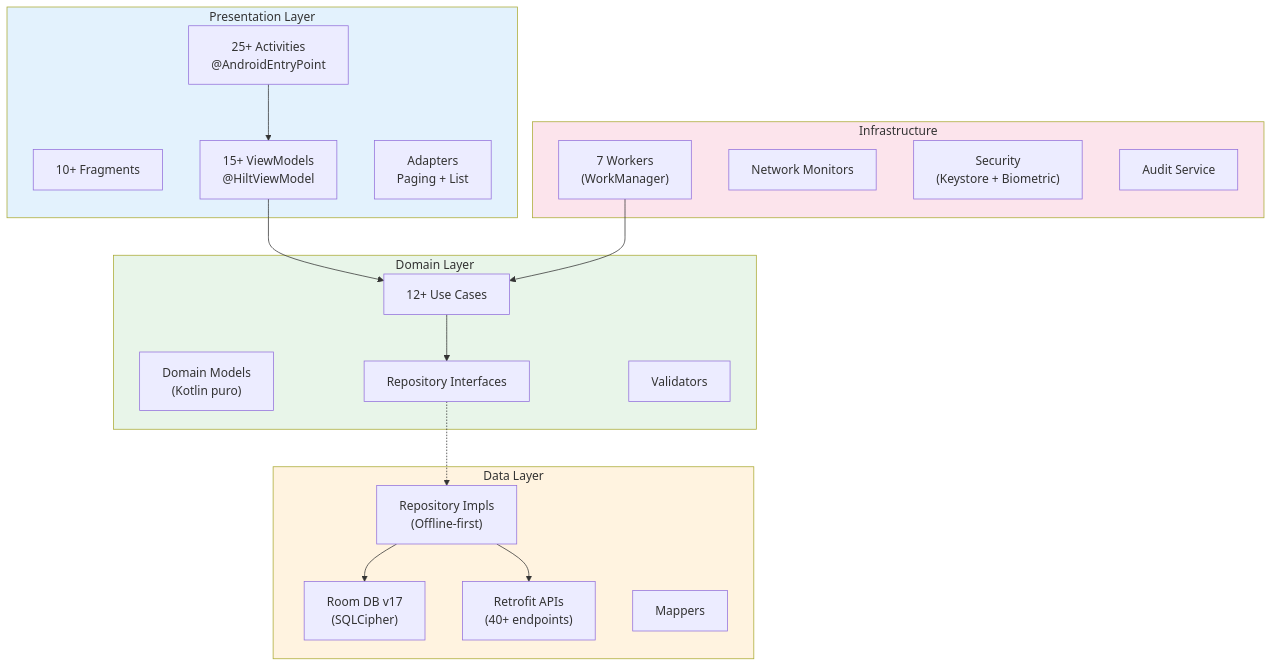
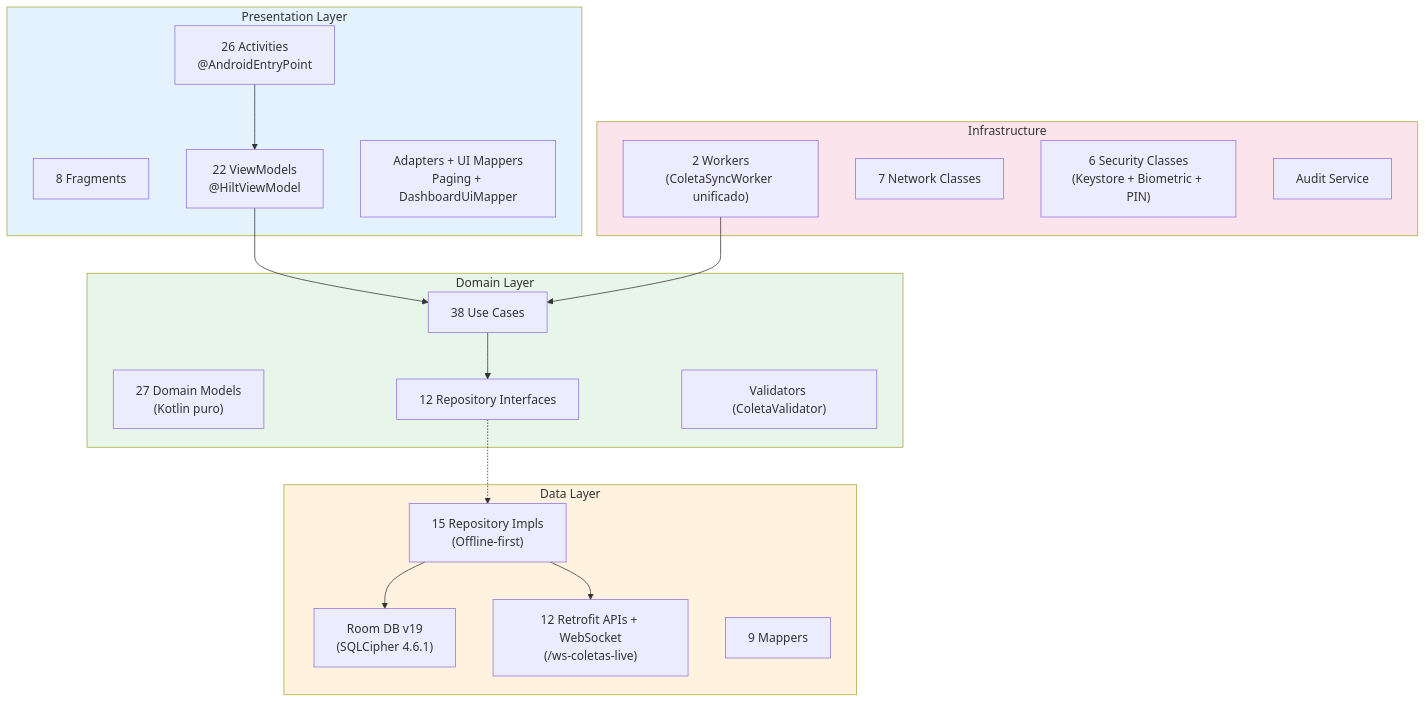
One commit to romuloaraujo1988/MASTER_INVENTARIO changed the second of 7 diagrams in InventarioMobile/ANALISE_REQUISITOS_ANDROID.md. Above: the diagram before and after it, drawn with Mermaid. The commit also changed other lines of this file and 189 other files, not shown here.

````diff
--- a/InventarioMobile/ANALISE_REQUISITOS_ANDROID.md
+++ b/InventarioMobile/ANALISE_REQUISITOS_ANDROID.md
@@ -202,43 +208,43 @@
 ```mermaid
 graph TB
     subgraph Presentation["Presentation Layer"]
-        ACT["25+ Activities<br/>@AndroidEntryPoint"]
-        FRAG["10+ Fragments"]
-        VM["15+ ViewModels<br/>@HiltViewModel"]
-        ADAPT["Adapters<br/>Paging + List"]
+        ACT["26 Activities<br/>@AndroidEntryPoint"]
+        FRAG["8 Fragments"]
+        VM["22 ViewModels<br/>@HiltViewModel"]
+        ADAPT["Adapters + UI Mappers<br/>Paging + DashboardUiMapper"]
     end
 
     subgraph Domain["Domain Layer"]
-        UC["12+ Use Cases"]
-        MODEL["Domain Models<br/>(Kotlin puro)"]
-        REPO_IF["Repository Interfaces"]
-        VALID["Validators"]
+        UC["38 Use Cases"]
+        MODEL["27 Domain Models<br/>(Kotlin puro)"]
+        REPO_IF["12 Repository Interfaces"]
+        VALID["Validators (ColetaValidator)"]
     end
 
     subgraph Data["Data Layer"]
-        REPO["Repository Impls<br/>(Offline-first)"]
-        ROOM["Room DB v17<br/>(SQLCipher)"]
-        RETRO["Retrofit APIs<br/>(40+ endpoints)"]
-        MAP["Mappers"]
+        REPO["15 Repository Impls<br/>(Offline-first)"]
+        ROOM["Room DB v19<br/>(SQLCipher 4.6.1)"]
+        RETRO["12 Retrofit APIs + WebSocket<br/>(/ws-coletas-live)"]
+        MAP["9 Mappers"]
     end
 
     subgraph Infra["Infrastructure"]
-        WORK["7 Workers<br/>(WorkManager)"]
-        NET["Network Monitors"]
-        SEC["Security<br/>(Keystore + Biometric)"]
+        WORK["2 Workers<br/>(ColetaSyncWorker unificado)"]
+        NET["7 Network Classes"]
+        SEC["6 Security Classes<br/>(Keystore + Biometric + PIN)"]
         AUDIT["Audit Service"]
     end
 
     ACT --> VM
     VM --> UC
     UC --> REPO_IF
     REPO_IF -.-> REPO
     REPO --> ROOM
     REPO --> RETRO
     WORK --> UC
 
     style Presentation fill:#E3F2FD
     style Domain fill:#E8F5E9
     style Data fill:#FFF3E0
     style Infra fill:#FCE4EC
 ```
````
